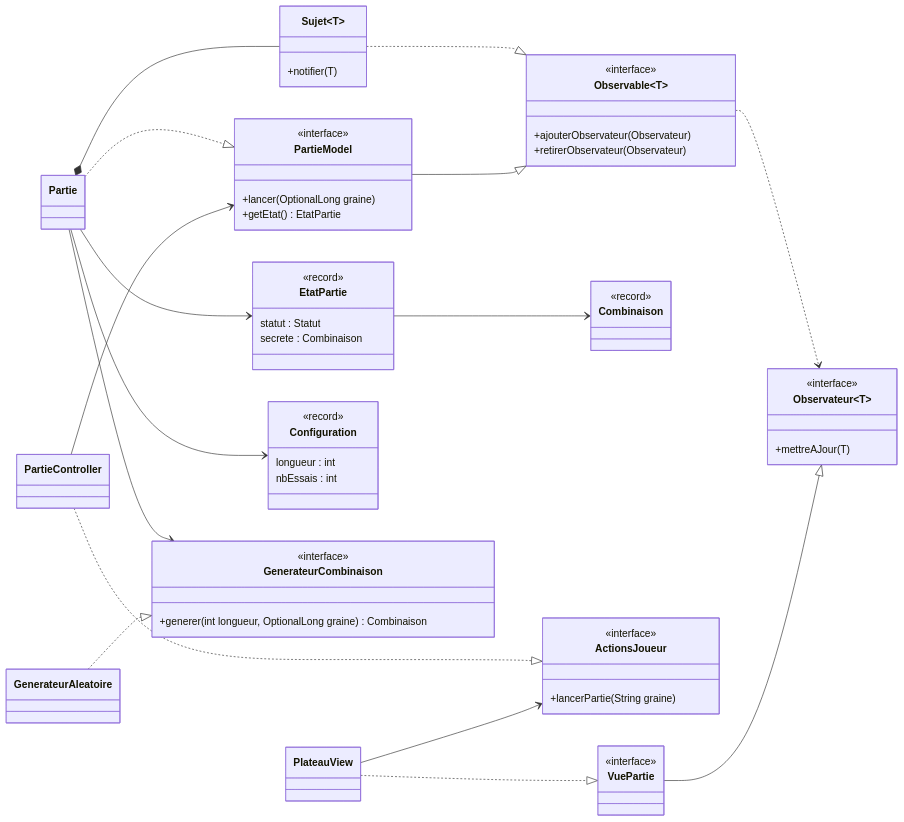
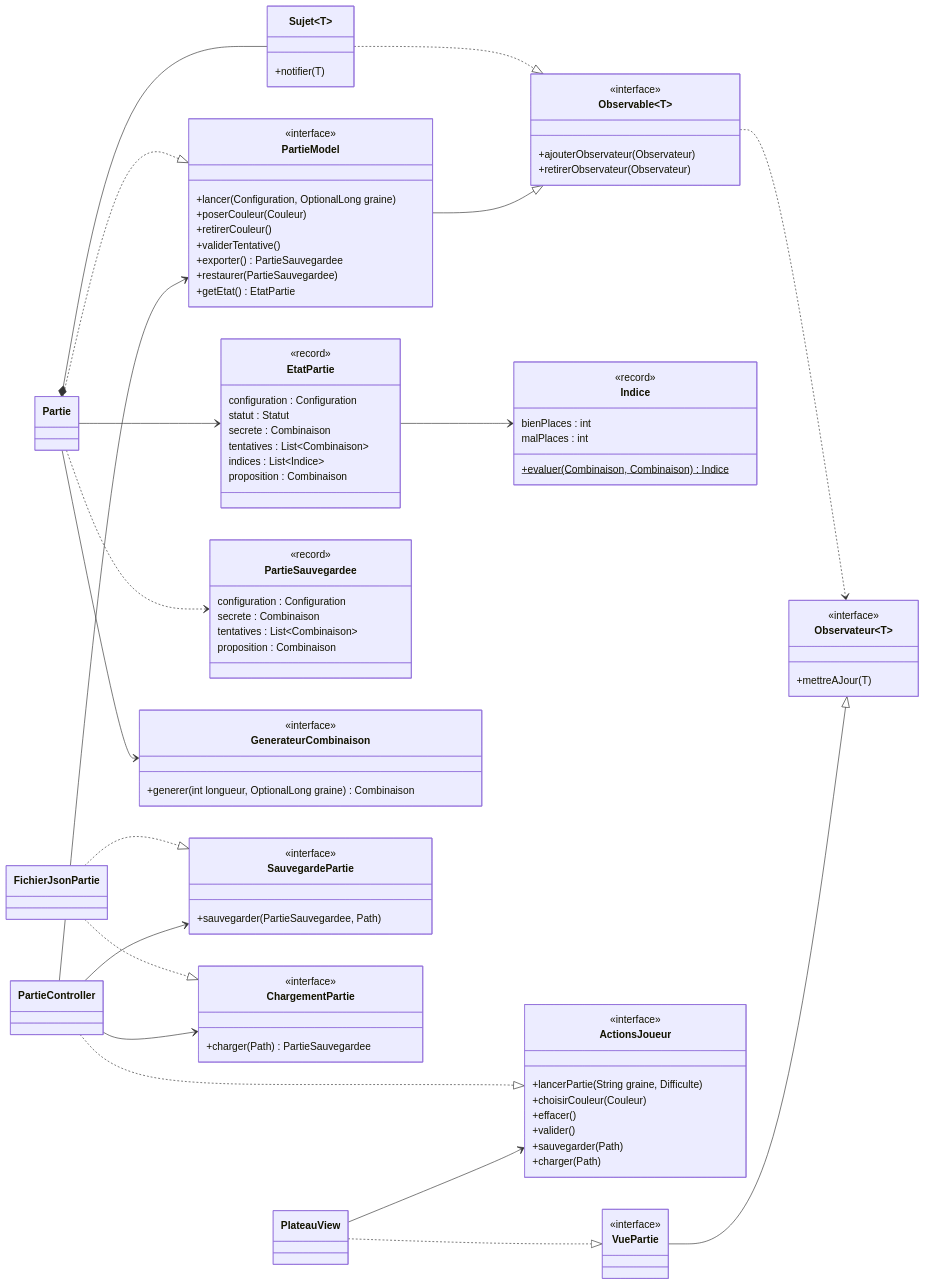
The first of 3 diagrams in README.md (Yorobro/Mastermind), drawn with Mermaid before and after one commit. The commit also changed other lines of this file, not shown here.

Commit message:
docs(readme): décrire le jeu complet, la sauvegarde et l'architecture

```diff
--- a/README.md
+++ b/README.md
@@ -79,32 +93,59 @@
 
     class PartieModel {
         <<interface>>
-        +lancer(OptionalLong graine)
+        +lancer(Configuration, OptionalLong graine)
+        +poserCouleur(Couleur)
+        +retirerCouleur()
+        +validerTentative()
+        +exporter() PartieSauvegardee
+        +restaurer(PartieSauvegardee)
         +getEtat() EtatPartie
     }
     class Partie
     class EtatPartie {
         <<record>>
+        configuration : Configuration
         statut : Statut
         secrete : Combinaison
+        tentatives : List~Combinaison~
+        indices : List~Indice~
+        proposition : Combinaison
     }
-    class Configuration {
+    class PartieSauvegardee {
         <<record>>
-        longueur : int
-        nbEssais : int
+        configuration : Configuration
+        secrete : Combinaison
+        tentatives : List~Combinaison~
+        proposition : Combinaison
+    }
+    class Indice {
+        <<record>>
+        bienPlaces : int
+        malPlaces : int
+        +evaluer(Combinaison, Combinaison)$ Indice
     }
     class GenerateurCombinaison {
         <<interface>>
         +generer(int longueur, OptionalLong graine) Combinaison
     }
-    class GenerateurAleatoire
-    class Combinaison {
-        <<record>>
+    class SauvegardePartie {
+        <<interface>>
+        +sauvegarder(PartieSauvegardee, Path)
     }
+    class ChargementPartie {
+        <<interface>>
+        +charger(Path) PartieSauvegardee
+    }
+    class FichierJsonPartie
 
     class ActionsJoueur {
         <<interface>>
-        +lancerPartie(String graine)
+        +lancerPartie(String graine, Difficulte)
+        +choisirCouleur(Couleur)
+        +effacer()
+        +valider()
+        +sauvegarder(Path)
+        +charger(Path)
     }
     class PartieController
     class VuePartie {
@@ -117,14 +158,17 @@
     PartieModel --|> Observable
     Partie ..|> PartieModel
     Partie *-- Sujet
-    Partie --> Configuration
     Partie --> GenerateurCombinaison
     Partie --> EtatPartie
-    EtatPartie --> Combinaison
-    GenerateurAleatoire ..|> GenerateurCombinaison
+    Partie ..> PartieSauvegardee
+    EtatPartie --> Indice
+    FichierJsonPartie ..|> SauvegardePartie
+    FichierJsonPartie ..|> ChargementPartie
 
     PartieController ..|> ActionsJoueur
     PartieController --> PartieModel
+    PartieController --> SauvegardePartie
+    PartieController --> ChargementPartie
     VuePartie --|> Observateur
     PlateauView ..|> VuePartie
     PlateauView --> ActionsJoueur
```
